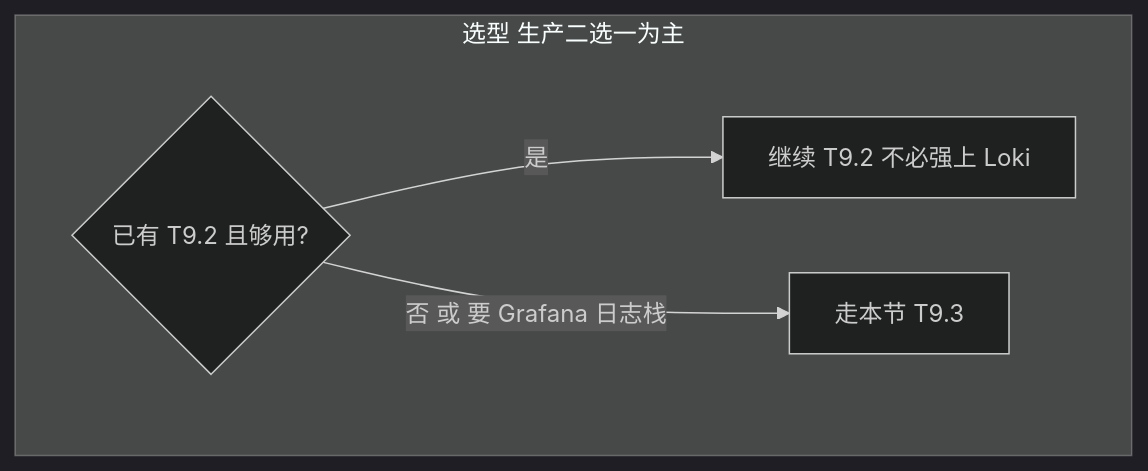
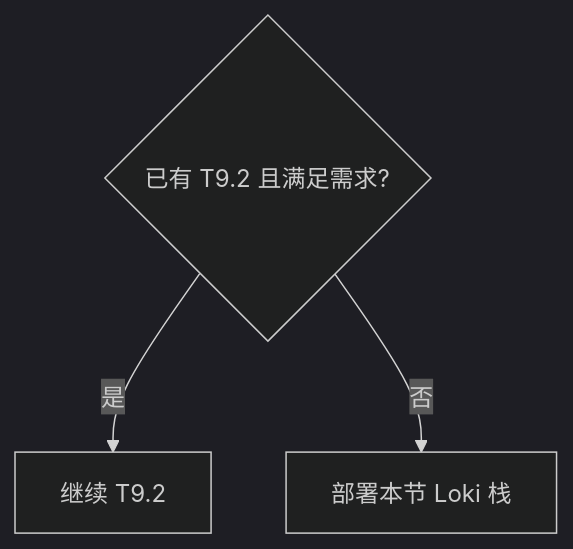
One commit to brinnatt/kubeauto changed diagram 34 of 43 in docs/efk/EFK.md. Above: the diagram before and after it, drawn with Mermaid (dark theme). The commit also changed other lines of this file, not shown here.

Commit message:
update EFK

````diff
--- a/docs/efk/EFK.md
+++ b/docs/efk/EFK.md
@@ -2051,8 +2047,6 @@
 ```mermaid
 flowchart TB
-  subgraph pick["选型 生产二选一为主"]
-    Q{已有 T9.2 且够用?}
-    Q -->|是| STAY[继续 T9.2 不必强上 Loki]
-    Q -->|否 或 要 Grafana 日志栈| LO[走本节 T9.3]
-  end
+  Q{已有 T9.2 且满足需求?}
+  Q -->|是| EFK[继续 T9.2]
+  Q -->|否| LOKI[部署本节 Loki 栈]
 ```
````
